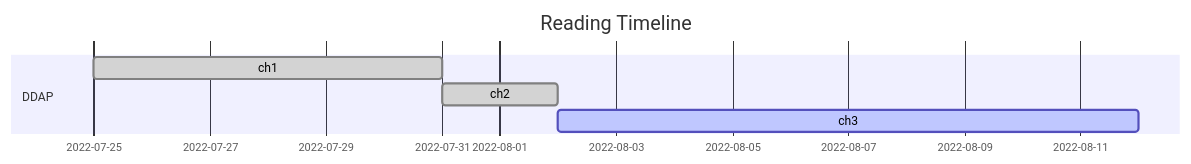
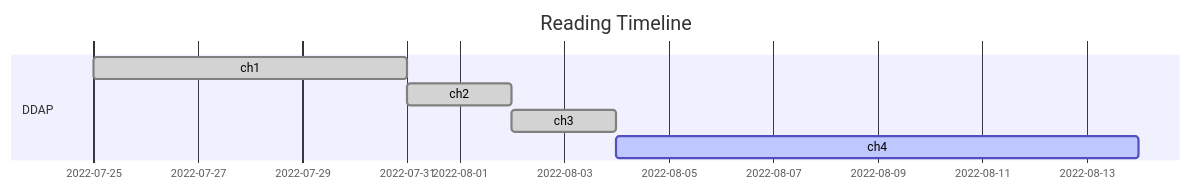
One commit to ywjpanda/Designing-Data-intensive-Applications changed the third of 4 diagrams in README.md. Above: the diagram before and after it, drawn with Mermaid. The commit also changed other lines of this file, not shown here.

````diff
--- a/README.md
+++ b/README.md
@@ -34,10 +39,11 @@
 ```mermaid
 gantt
     todayMarker off
     title Reading Timeline
     dateFormat  YYYY-MM-DD
     section DDAP
     ch1 : done, des1, 2022-07-25,2022-07-31
     ch2 : done, des2, after des1,2022-08-02
-    ch3 : active, des3, after des2, 10d
+    ch3 : done, des3, after des2,2022-08-04
+    ch4 : active, des4, after des3, 10d
 ```
````
